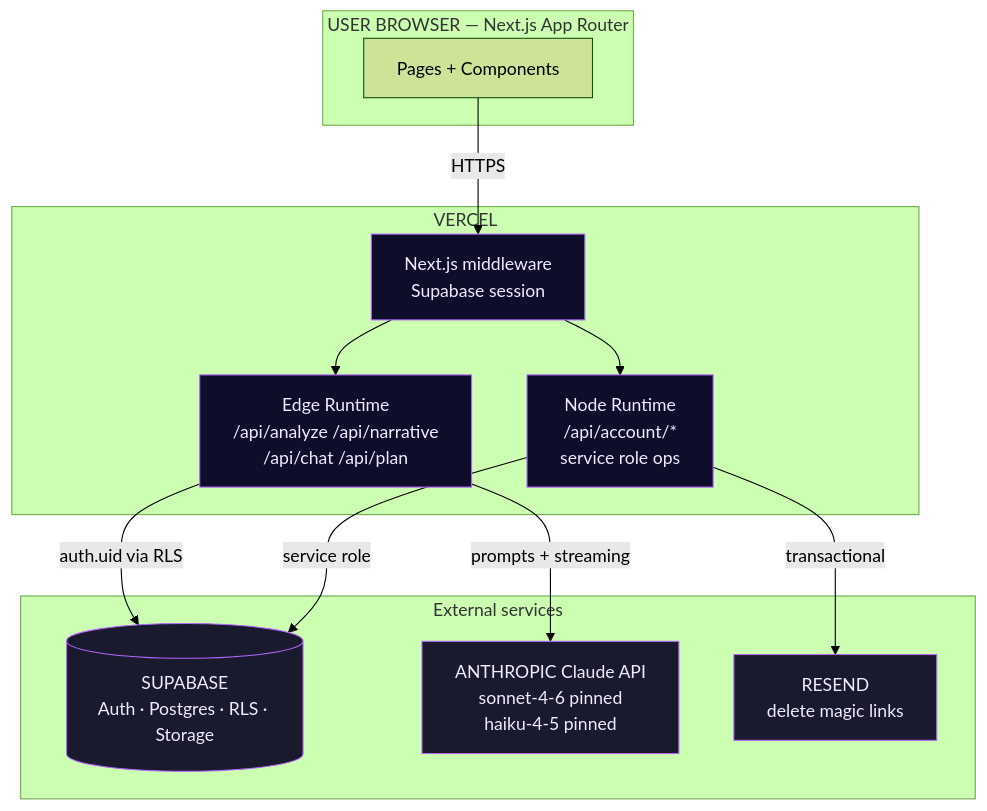
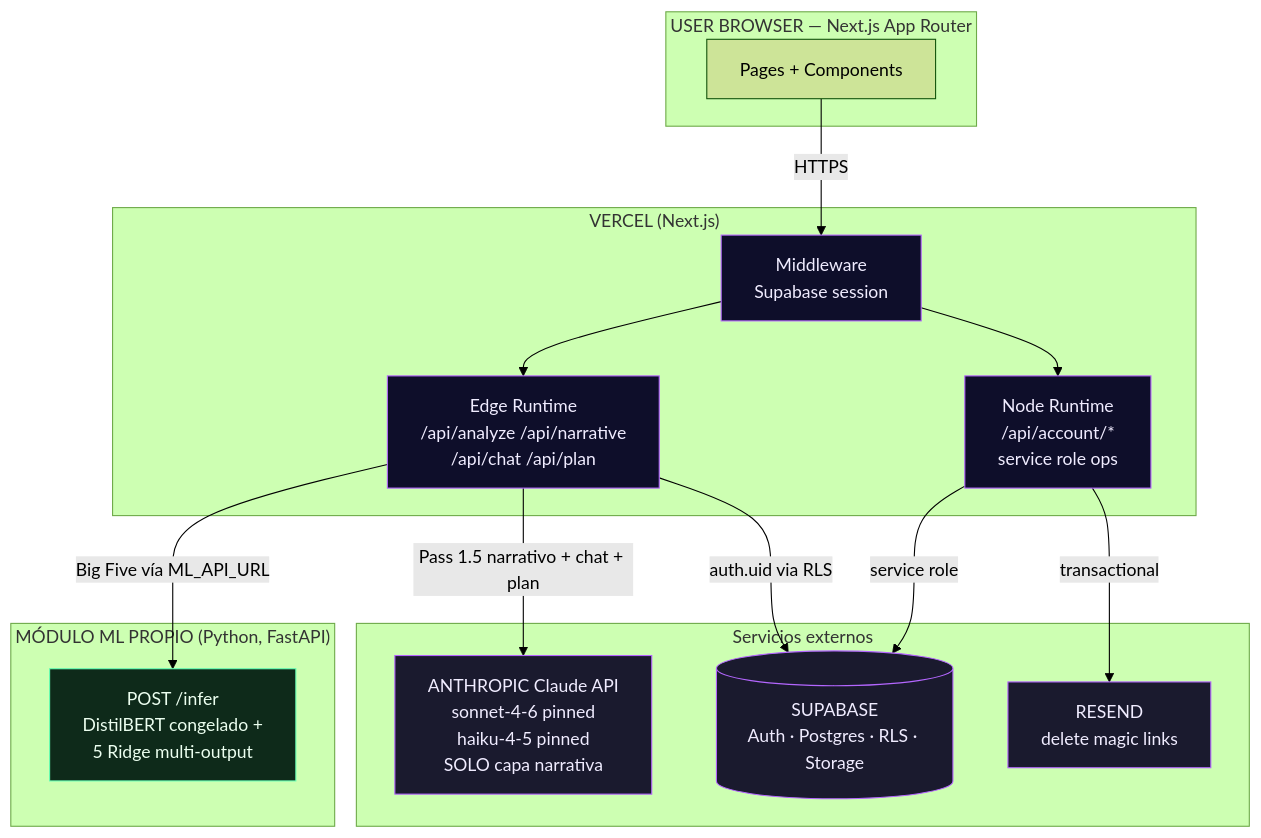
The diagram in docs/tech/ARCHITECTURE.md (mativelezx/umbra), drawn with Mermaid (forest theme) before and after one commit. The commit also changed other lines of this file and 14 other files, not shown here.

````diff
--- a/docs/tech/ARCHITECTURE.md
+++ b/docs/tech/ARCHITECTURE.md
@@ -8,29 +16,35 @@
 ```mermaid
 flowchart TB
   subgraph Client["USER BROWSER — Next.js App Router"]
     B[Pages + Components]
   end
-  subgraph Vercel["VERCEL"]
-    M[Next.js middleware<br/>Supabase session]
+  subgraph Vercel["VERCEL (Next.js)"]
+    M[Middleware<br/>Supabase session]
     E[Edge Runtime<br/>/api/analyze /api/narrative<br/>/api/chat /api/plan]
     N[Node Runtime<br/>/api/account/*<br/>service role ops]
   end
-  subgraph External["External services"]
+  subgraph MlService["MÓDULO ML PROPIO (Python, FastAPI)"]
+    ML[POST /infer<br/>DistilBERT congelado +<br/>5 Ridge multi-output]
+  end
+  subgraph External["Servicios externos"]
     S[(SUPABASE<br/>Auth · Postgres · RLS · Storage)]
-    A[ANTHROPIC Claude API<br/>sonnet-4-6 pinned<br/>haiku-4-5 pinned]
+    A[ANTHROPIC Claude API<br/>sonnet-4-6 pinned<br/>haiku-4-5 pinned<br/>SOLO capa narrativa]
     R[RESEND<br/>delete magic links]
   end
 
   B -->|HTTPS| M
   M --> E
   M --> N
+  E -->|Big Five vía ML_API_URL| ML
+  E -->|Pass 1.5 narrativo + chat + plan| A
   E -->|auth.uid via RLS| S
-  E -->|prompts + streaming| A
   N -->|service role| S
   N -->|transactional| R
 
   classDef ext fill:#1a1a2e,stroke:#b466ff,color:#f0ecff
   classDef vrc fill:#0e0e2a,stroke:#b466ff,color:#f0ecff
+  classDef ml fill:#0e2a1a,stroke:#66ffb4,color:#ecfff0
   class S,A,R ext
   class M,E,N vrc
+  class ML ml
 ```
````
